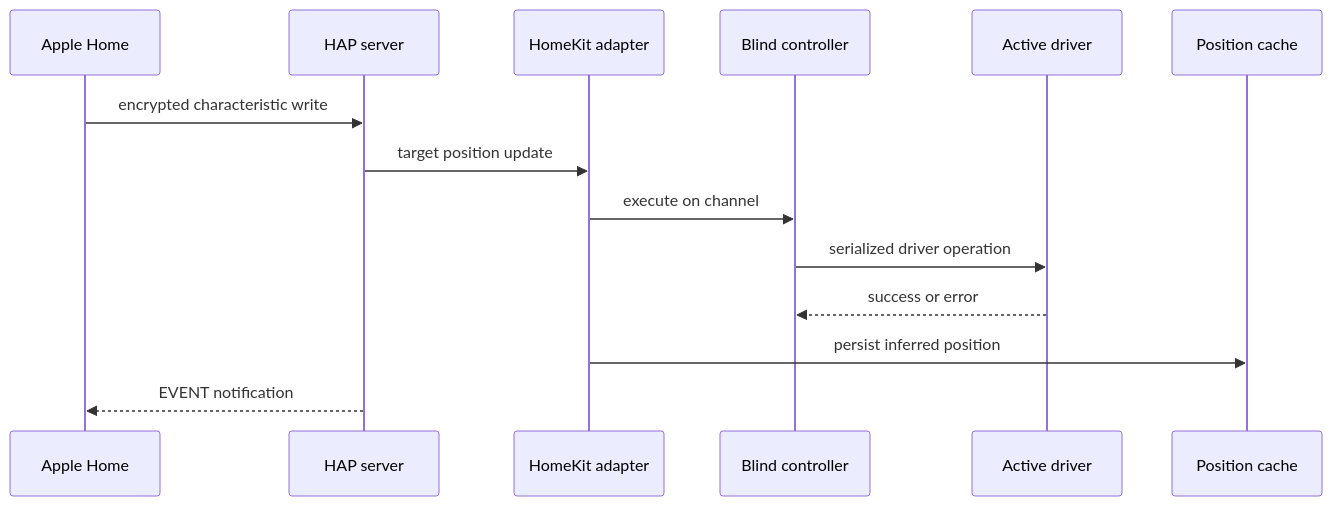
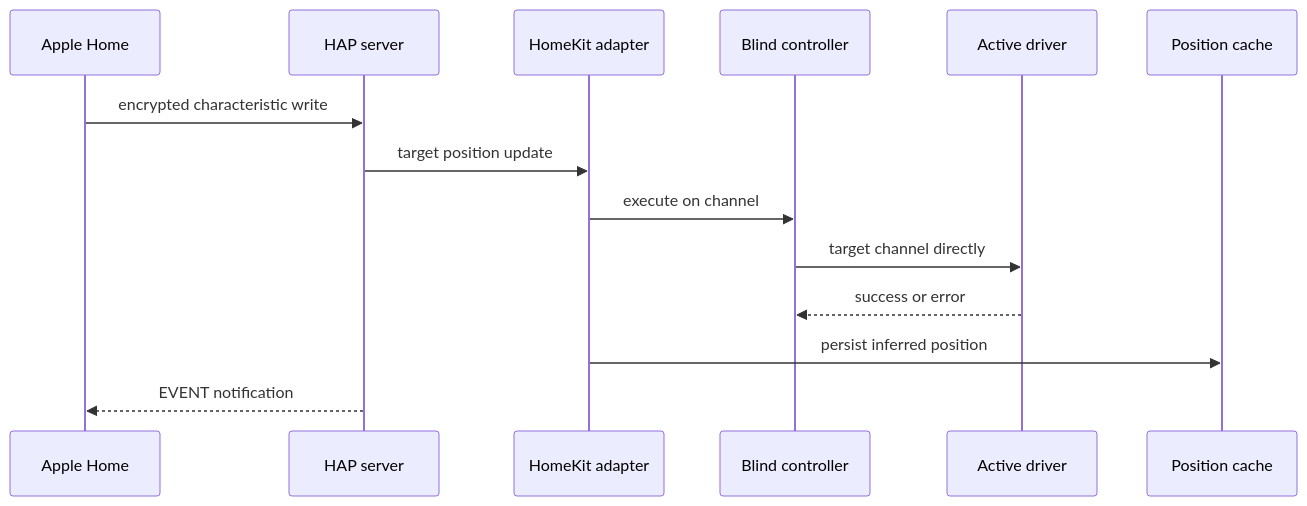
The fourth of 4 diagrams in docs/ARCHITECTURE.md (melkir/remote-gpio), drawn with Mermaid before and after one commit. The commit also changed other lines of this file and 1 other file, not shown here.

Commit message:
Update README and architecture documentation for clarity on command handling and operation serialization

````diff
--- a/docs/ARCHITECTURE.md
+++ b/docs/ARCHITECTURE.md
@@ -152,17 +152,17 @@
 ```mermaid
 sequenceDiagram
   participant Home as Apple Home
   participant HAP as HAP server
   participant HK as HomeKit adapter
   participant Controller as Blind controller
   participant Driver as Active driver
   participant Cache as Position cache
 
   Home->>HAP: encrypted characteristic write
   HAP->>HK: target position update
   HK->>Controller: execute on channel
-  Controller->>Driver: serialized driver operation
+  Controller->>Driver: target channel directly
   Driver-->>Controller: success or error
   HK->>Cache: persist inferred position
   HAP-->>Home: EVENT notification
 ```
````
